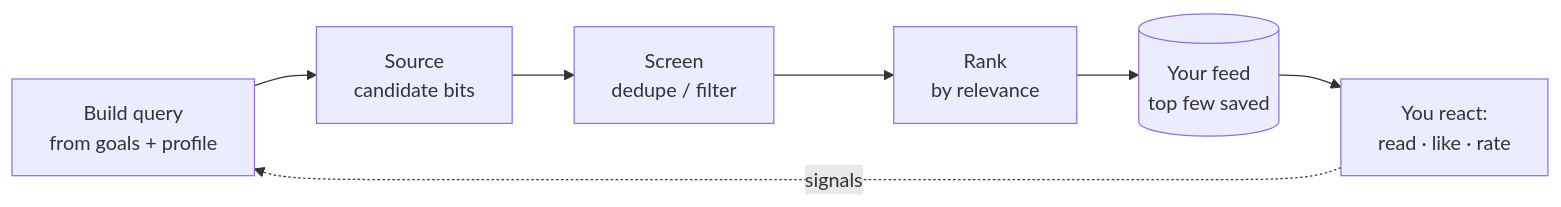
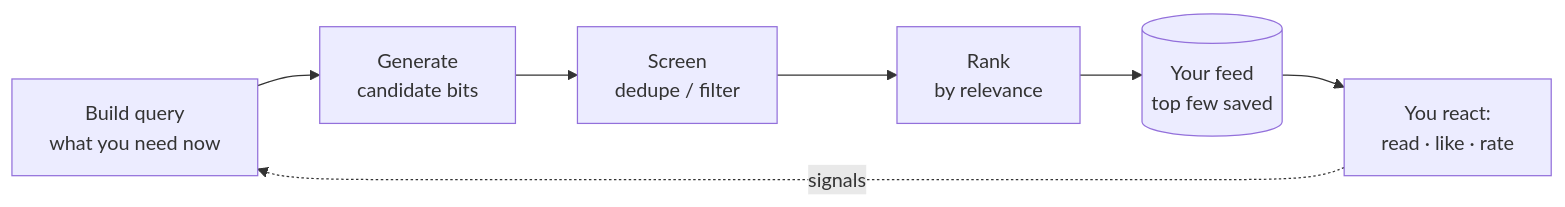
Before and after one commit to sakhi-smritika/f5: the first of 2 diagrams in docs/flows/03-knowledge-bits.md, drawn with Mermaid. The commit also changed other lines of this file and 20 other files, not shown here.

````diff
--- a/docs/flows/03-knowledge-bits.md
+++ b/docs/flows/03-knowledge-bits.md
@@ -32,9 +33,9 @@
 ```mermaid
 flowchart LR
-    Q[Build query<br/>from goals + profile] --> S[Source<br/>candidate bits]
+    Q[Build query<br/>what you need now] --> S[Generate<br/>candidate bits]
     S --> SC[Screen<br/>dedupe / filter]
     SC --> R[Rank<br/>by relevance]
     R --> F[(Your feed<br/>top few saved)]
     F --> RX[You react:<br/>read · like · rate]
     RX -.signals.-> Q
 ```
````
